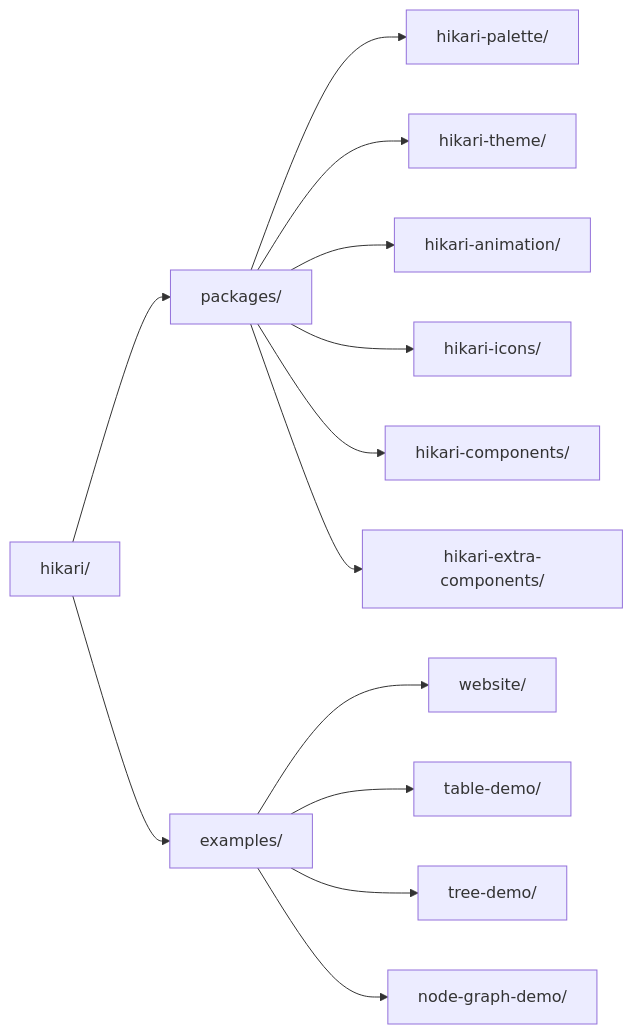
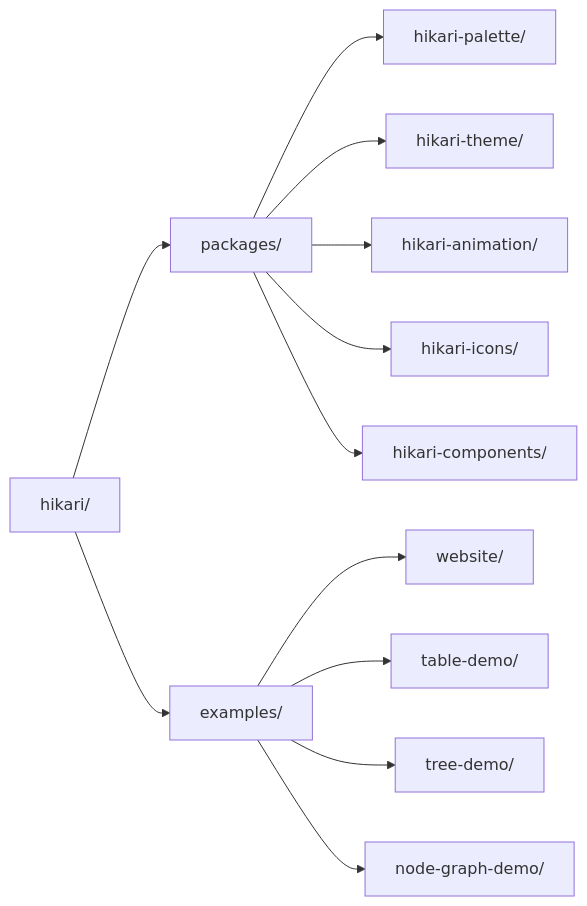
Before and after one commit to celestia-island/hikari: the diagram in docs/ar/guides/index.md, drawn with Mermaid. The commit also changed 87 other files, not shown here.

````diff
--- a/docs/ar/guides/index.md
+++ b/docs/ar/guides/index.md
@@ -106,16 +106,15 @@
 ```mermaid
 graph LR
   root["hikari/"]
   root --> packages["packages/"]
   root --> examples["examples/"]
   packages --> palette["hikari-palette/"]
   packages --> theme["hikari-theme/"]
   packages --> animation["hikari-animation/"]
   packages --> icons["hikari-icons/"]
   packages --> components["hikari-components/"]
-  packages --> extra["hikari-extra-components/"]
   examples --> website["website/"]
   examples --> tabledemo["table-demo/"]
   examples --> treedemo["tree-demo/"]
   examples --> nodegraph["node-graph-demo/"]
 ```
````
